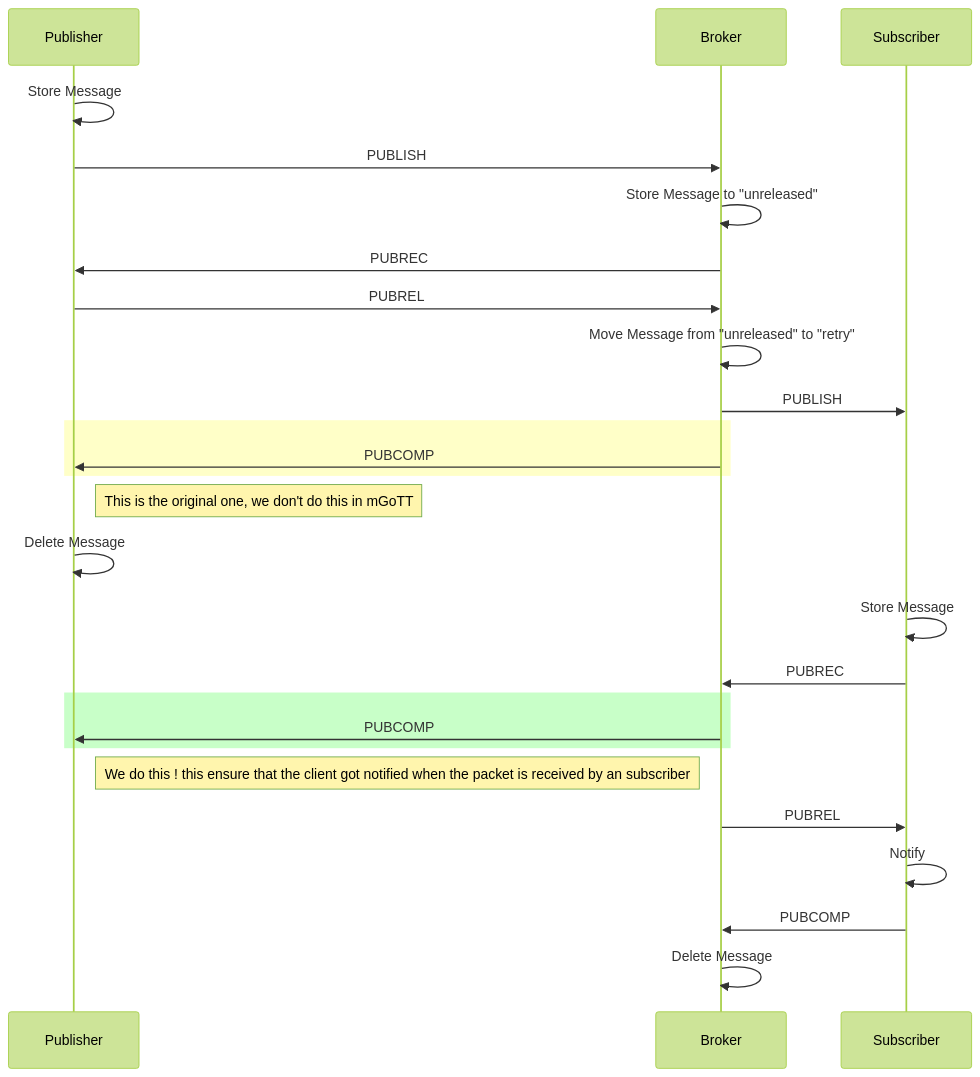
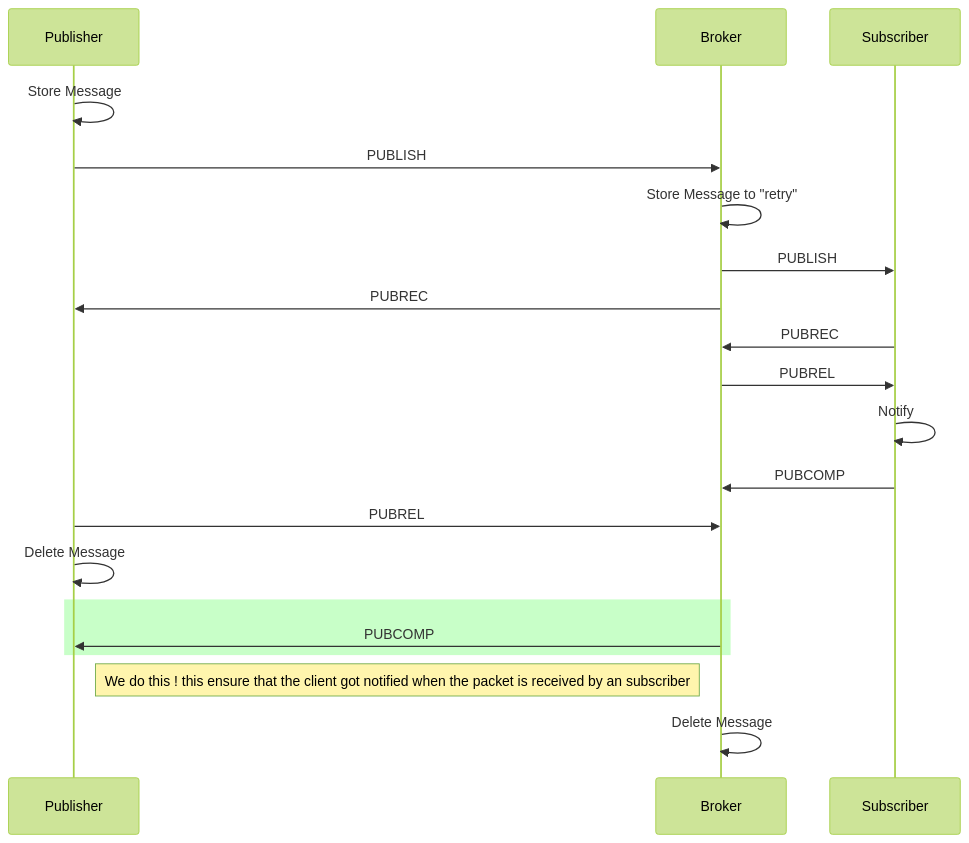
Before and after one commit to stackshadow/mgtt: the diagram in docs/assets/QoS2.mmd, drawn with Mermaid (forest theme). The commit also changed 13 other files, not shown here.

```diff
--- a/docs/assets/QoS2.mmd
+++ b/docs/assets/QoS2.mmd
@@ -1,29 +1,30 @@
 sequenceDiagram
     Publisher->>Publisher: Store Message
     Publisher->>Broker: PUBLISH
-    Broker->>Broker: Store Message to "unreleased"
+    Broker->>Broker: Store Message to "retry"
+
+    Broker->>Subscriber: PUBLISH
     Broker->>Publisher: PUBREC
 
+    Subscriber->>Broker: PUBREC
+    Broker->>Subscriber: PUBREL
+    Subscriber->>Subscriber: Notify
+    Subscriber->>Broker: PUBCOMP
+
+
+  
+
     Publisher->>Broker: PUBREL
-    Broker->>Broker: Move Message from "unreleased" to "retry"
 
-    Broker->>Subscriber: PUBLISH
-    rect rgb(255, 255, 200)
-      Broker->>Publisher: PUBCOMP
-    end
-    Note right of Publisher: This is the original one, we don't do this in mGoTT
+
     Publisher->>Publisher: Delete Message
 
-    Subscriber->>Subscriber: Store Message
-    Subscriber->>Broker: PUBREC
+
     rect rgb(200, 255, 200)
       Broker->>Publisher: PUBCOMP
     end
     Note right of Publisher: We do this ! this ensure that the client got notified when the packet is received by an subscriber
 
-    Broker->>Subscriber: PUBREL
 
-    Subscriber->>Subscriber: Notify
-    Subscriber->>Broker: PUBCOMP
 
     Broker->>Broker: Delete Message
```
